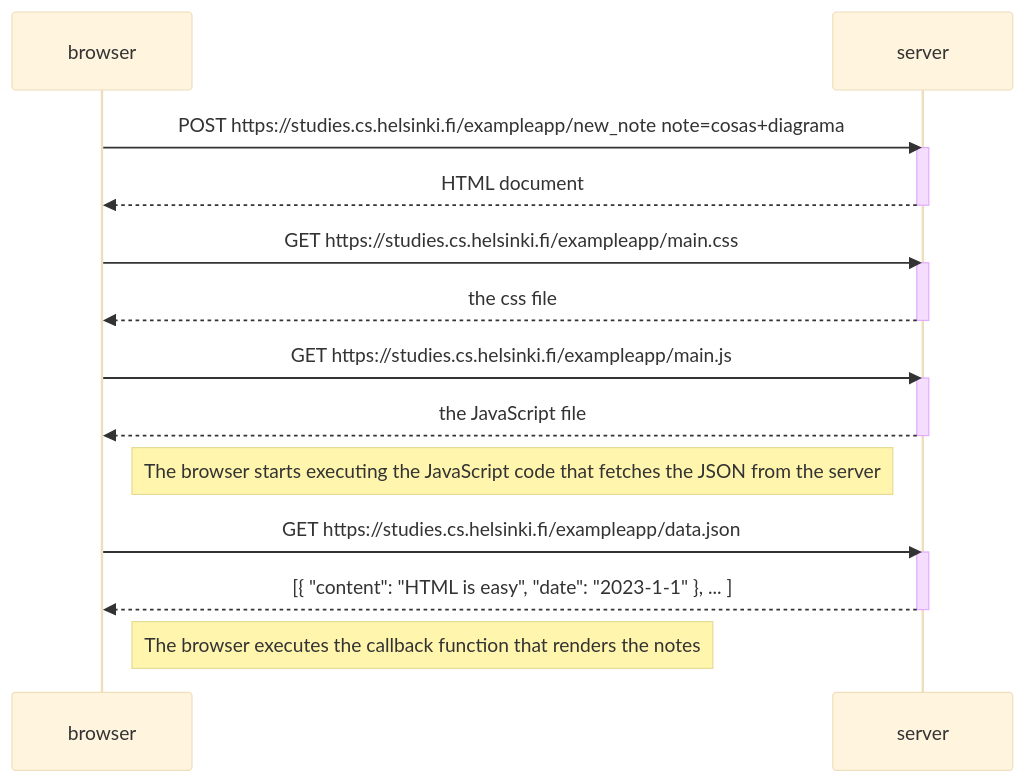
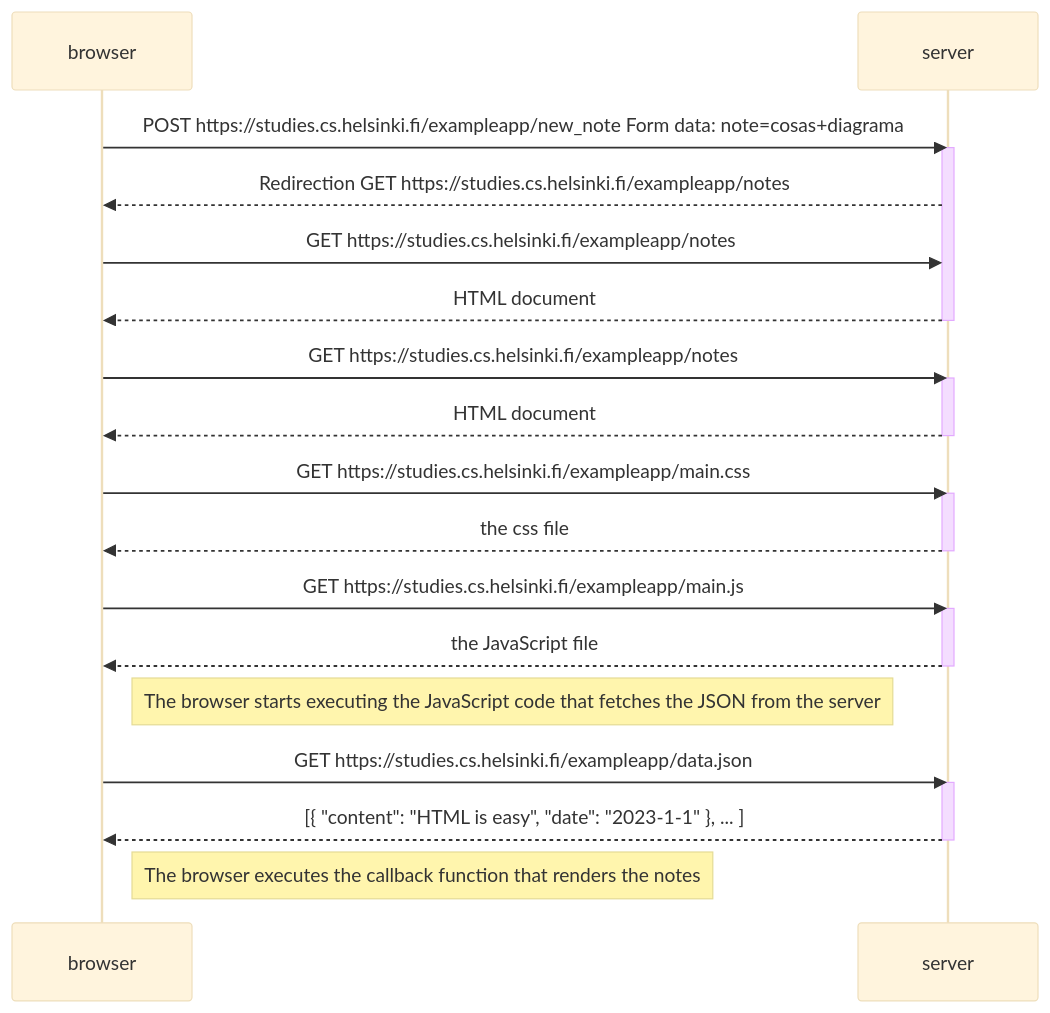
Before and after one commit to iyustlop/fullstackopen: the diagram in part0/diagram.md, drawn with Mermaid (base theme).

Commit message:
digram notes

````diff
--- a/part0/diagram.md
+++ b/part0/diagram.md
@@ -1,29 +1,36 @@
 ```mermaid
 sequenceDiagram
     participant browser
     participant server
 
-    browser->>server: POST https://studies.cs.helsinki.fi/exampleapp/new_note note=cosas+diagrama
+    browser->>server: POST https://studies.cs.helsinki.fi/exampleapp/new_note Form data: note=cosas+diagrama
+    activate server
+    server-->>browser: Redirection GET https://studies.cs.helsinki.fi/exampleapp/notes
+    browser->>server: GET https://studies.cs.helsinki.fi/exampleapp/notes
+    server-->>browser: HTML document
+    deactivate server
+
+    browser->>server: GET https://studies.cs.helsinki.fi/exampleapp/notes
     activate server
     server-->>browser: HTML document
     deactivate server
 
     browser->>server: GET https://studies.cs.helsinki.fi/exampleapp/main.css
     activate server
     server-->>browser: the css file
     deactivate server
 
     browser->>server: GET https://studies.cs.helsinki.fi/exampleapp/main.js
     activate server
     server-->>browser: the JavaScript file
     deactivate server
 
     Note right of browser: The browser starts executing the JavaScript code that fetches the JSON from the server
 
     browser->>server: GET https://studies.cs.helsinki.fi/exampleapp/data.json
     activate server
     server-->>browser: [{ "content": "HTML is easy", "date": "2023-1-1" }, ... ]
     deactivate server
 
     Note right of browser: The browser executes the callback function that renders the notes
 ```
````
